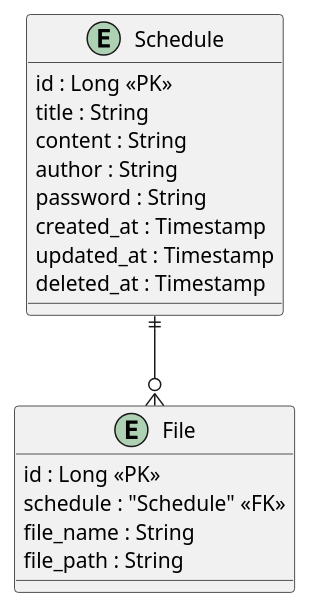
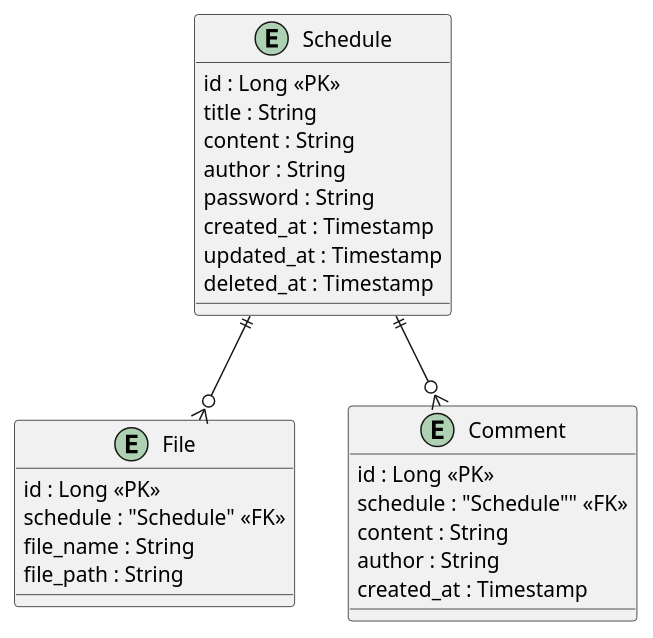
The diagram in schedule-management.puml (lis0517/schedule-management), drawn with PlantUML before and after one commit. The commit also changed 3 other files, not shown here.

```diff
--- a/schedule-management.puml
+++ b/schedule-management.puml
@@ -1,21 +1,30 @@
 @startuml
 entity "Schedule" {
     id : Long <<PK>>
     title : String
     content : String
     author : String
     password : String
     created_at : Timestamp
     updated_at : Timestamp
     deleted_at : Timestamp
 }
 
 entity "File" {
     id : Long <<PK>>
     schedule : "Schedule" <<FK>>
     file_name : String
     file_path : String
 }
 
+entity "Comment"{
+    id : Long <<PK>>
+    schedule : "Schedule"" <<FK>>
+    content : String
+    author : String
+    created_at : Timestamp
+}
+
 Schedule ||--o{ File
+Schedule ||--o{ Comment
 @enduml
```
